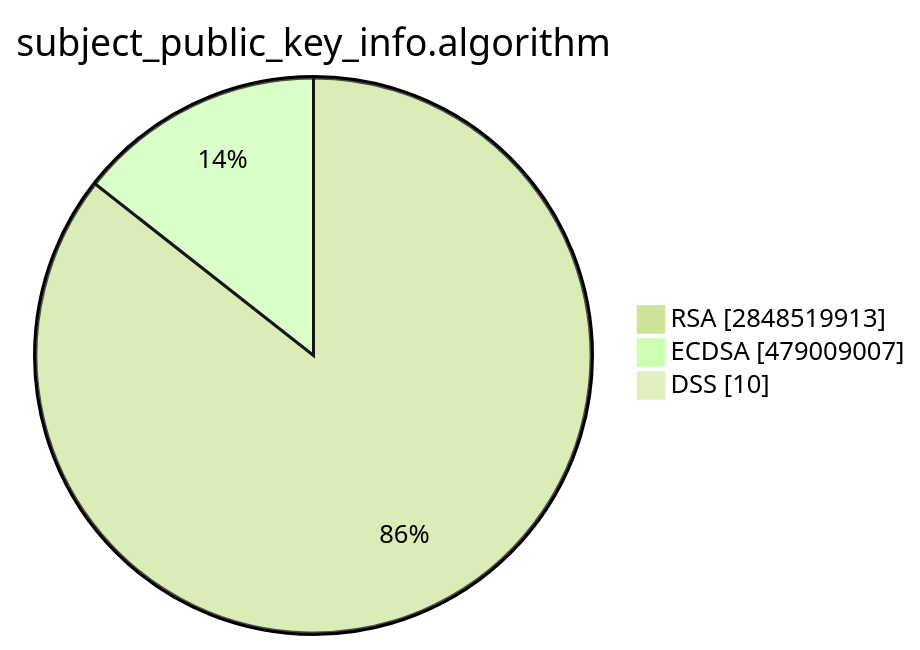
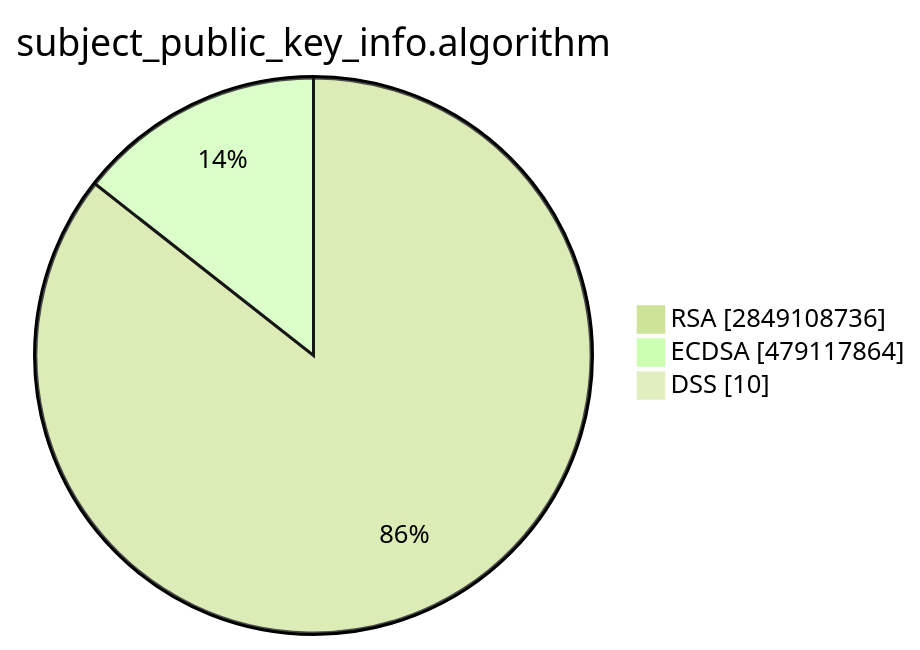
One commit to christiankrug/ctmonitor_visualization changed the second of 15 diagrams in TOTAL/README.md. Above: the diagram before and after it, drawn with Mermaid (forest theme). The commit also changed other lines of this file, not shown here.

````diff
--- a/TOTAL/README.md
+++ b/TOTAL/README.md
@@ -6,7 +6,7 @@
 ```mermaid
 pie showData
 title subject_public_key_info.algorithm
-"RSA" :2848519913
-"ECDSA" :479009007
+"RSA" :2849108736
+"ECDSA" :479117864
 "DSS" :10
 ```
````
